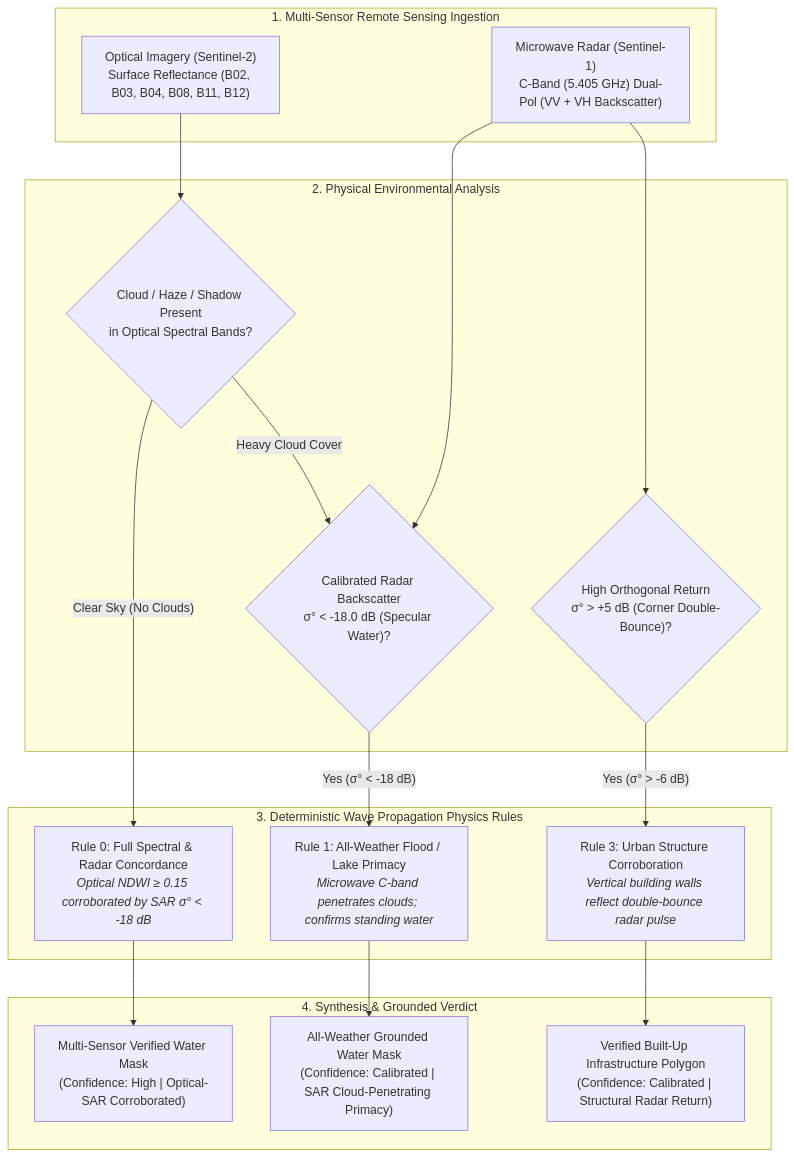
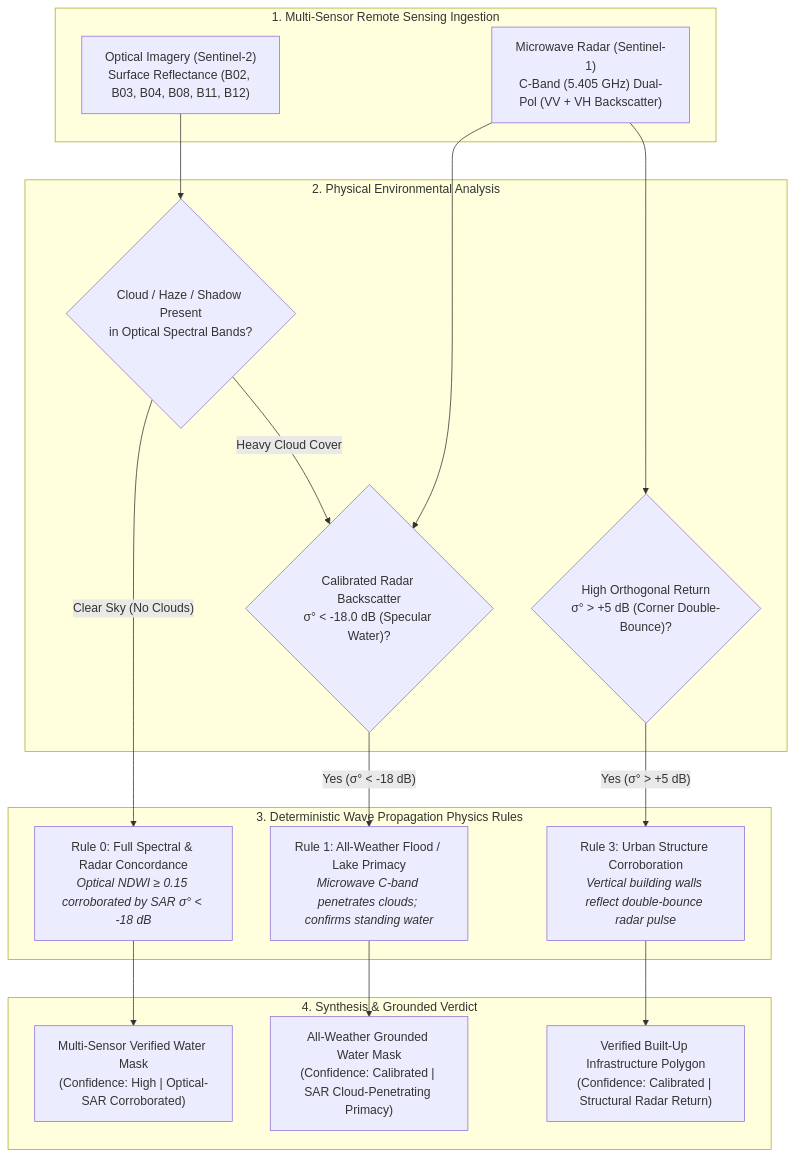
The third of 3 diagrams in ARCHITECTURE.md (Gowrav-M/satquery-ai-sih-2026-evidence), drawn with Mermaid before and after one commit. The commit also changed other lines of this file and 36 other files, not shown here.

````diff
--- a/ARCHITECTURE.md
+++ b/ARCHITECTURE.md
@@ -111,38 +126,38 @@
 ```mermaid
 flowchart TD
     subgraph Sensing ["1. Multi-Sensor Remote Sensing Ingestion"]
         OptFeed["Optical Imagery (Sentinel-2)<br/>Surface Reflectance (B02, B03, B04, B08, B11, B12)"]
         SARFeed["Microwave Radar (Sentinel-1)<br/>C-Band (5.405 GHz) Dual-Pol (VV + VH Backscatter)"]
     end
 
     subgraph ConditionChecks ["2. Physical Environmental Analysis"]
         CloudDetect{"Cloud / Haze / Shadow Present<br/>in Optical Spectral Bands?"}
         DielectricEval{"Calibrated Radar Backscatter<br/>σ° < -18.0 dB (Specular Water)?"}
         DoubleBounce{"High Orthogonal Return<br/>σ° > +5 dB (Corner Double-Bounce)?"}
     end
 
     subgraph ArbitrationMatrix ["3. Deterministic Wave Propagation Physics Rules"]
         RuleCloudWater["Rule 1: All-Weather Flood / Lake Primacy<br/><i>Microwave C-band penetrates clouds; confirms standing water</i>"]
         RuleUrban["Rule 3: Urban Structure Corroboration<br/><i>Vertical building walls reflect double-bounce radar pulse</i>"]
         RuleOpticalAgreement["Rule 0: Full Spectral & Radar Concordance<br/><i>Optical NDWI ≥ 0.15 corroborated by SAR σ° < -18 dB</i>"]
     end
 
     subgraph VerdictState ["4. Synthesis & Grounded Verdict"]
         HighConfidenceWater["Multi-Sensor Verified Water Mask<br/>(Confidence: High | Optical-SAR Corroborated)"]
         AllWeatherWater["All-Weather Grounded Water Mask<br/>(Confidence: Calibrated | SAR Cloud-Penetrating Primacy)"]
         BuiltUpVector["Verified Built-Up Infrastructure Polygon<br/>(Confidence: Calibrated | Structural Radar Return)"]
     end
 
     OptFeed --> CloudDetect
     SARFeed --> DielectricEval & DoubleBounce
 
     CloudDetect -- "Clear Sky (No Clouds)" --> RuleOpticalAgreement
     CloudDetect -- "Heavy Cloud Cover" --> DielectricEval
 
     DielectricEval -- "Yes (σ° < -18 dB)" --> RuleCloudWater
-    DoubleBounce -- "Yes (σ° > -6 dB)" --> RuleUrban
+    DoubleBounce -- "Yes (σ° > +5 dB)" --> RuleUrban
 
     RuleOpticalAgreement --> HighConfidenceWater
     RuleCloudWater --> AllWeatherWater
     RuleUrban --> BuiltUpVector
 ```
````
